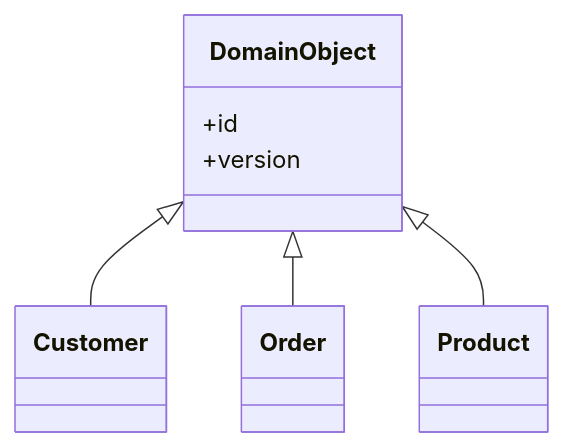
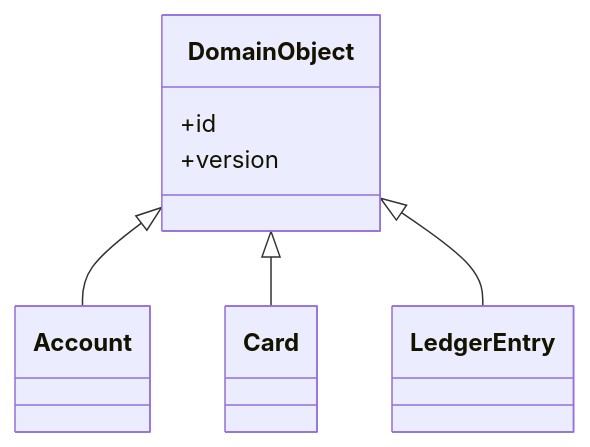
The diagram in i18n/en/docusaurus-plugin-content-docs/current/design/poeaa/base/layer-supertype.md (alancesar/design-patterns), drawn with Mermaid before and after one commit. The commit also changed other lines of this file and 95 other files, not shown here.

First line of the commit message:
Switch PoEAA examples and diagrams to fintech scenarios

````diff
--- a/i18n/en/docusaurus-plugin-content-docs/current/design/poeaa/base/layer-supertype.md
+++ b/i18n/en/docusaurus-plugin-content-docs/current/design/poeaa/base/layer-supertype.md
@@ -54,13 +54,13 @@
 ```mermaid
 classDiagram
     class DomainObject {
         +id
         +version
     }
-    class Customer
-    class Order
-    class Product
-    DomainObject <|-- Customer
-    DomainObject <|-- Order
-    DomainObject <|-- Product
+    class Account
+    class Card
+    class LedgerEntry
+    DomainObject <|-- Account
+    DomainObject <|-- Card
+    DomainObject <|-- LedgerEntry
 ```
````
